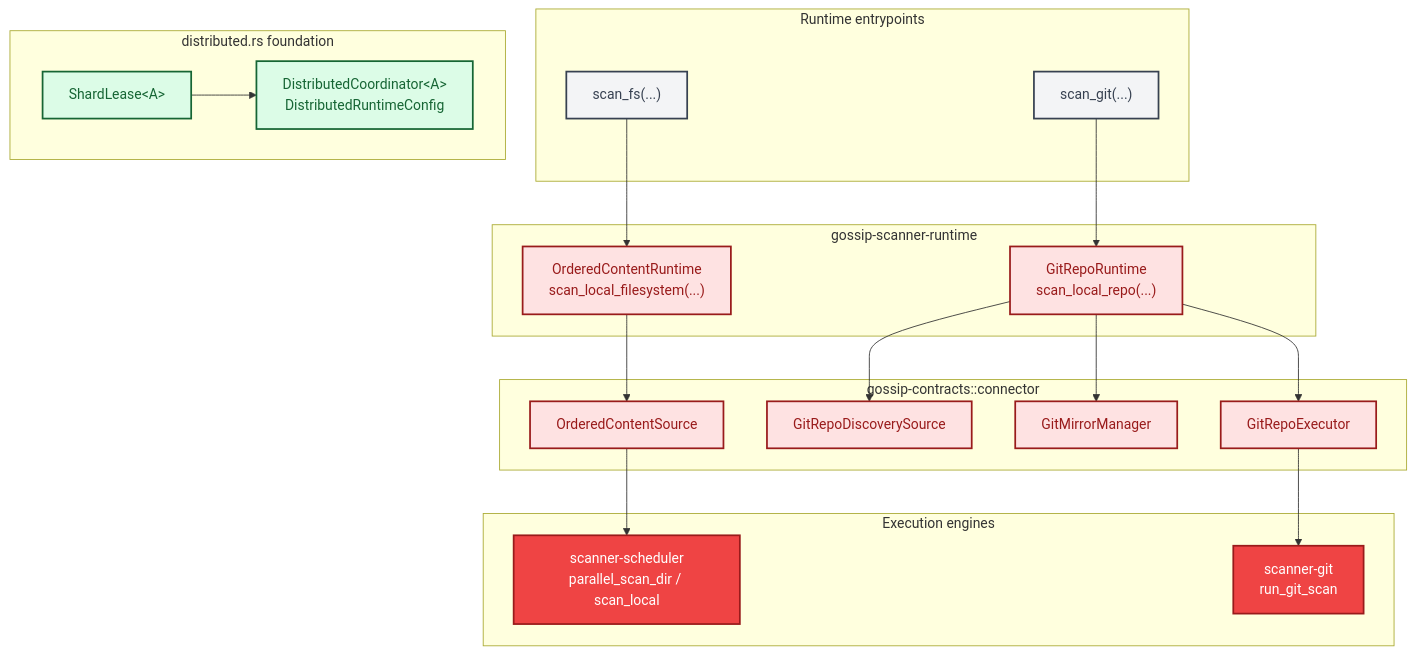
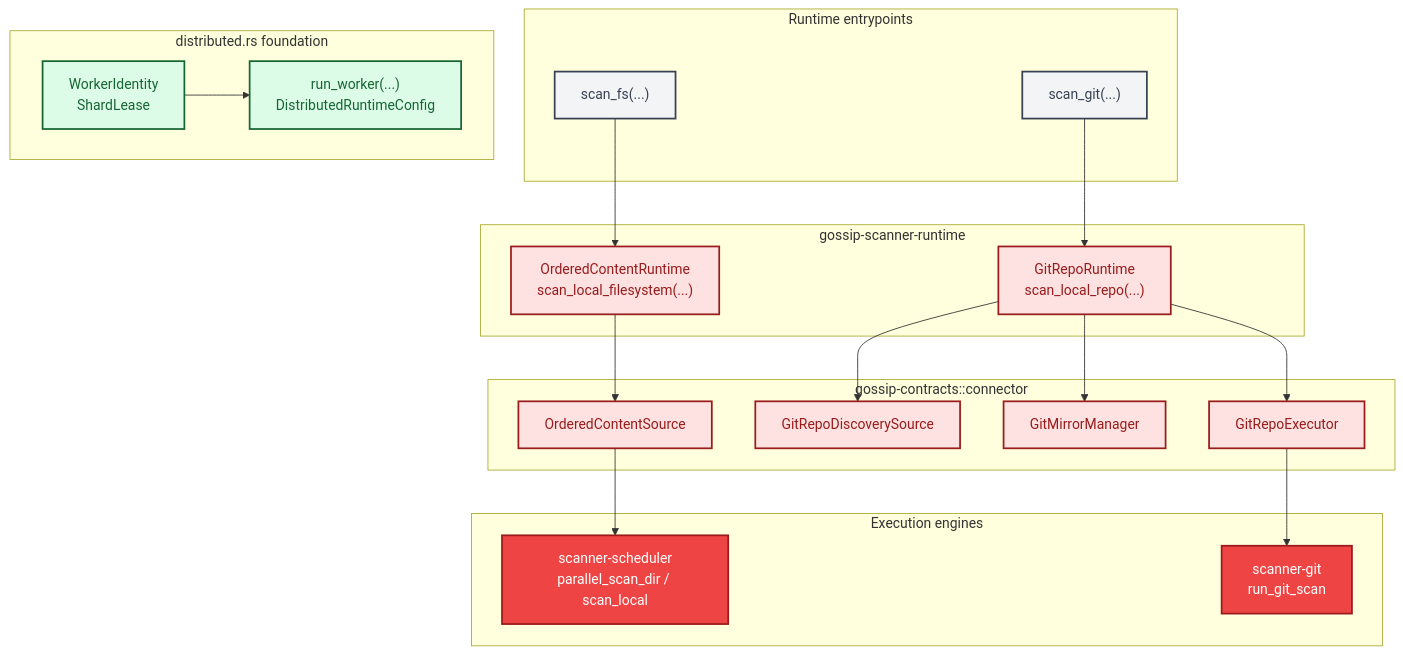
Before and after one commit to ahrav/Gossip-rs: the second of 4 diagrams in diagrams/04-end-to-end-scan-flow.md, drawn with Mermaid. The commit also changed other lines of this file and 12 other files, not shown here.

````diff
--- a/diagrams/04-end-to-end-scan-flow.md
+++ b/diagrams/04-end-to-end-scan-flow.md
@@ -76,55 +78,55 @@
 ```mermaid
 %% Diagram: family-runtime-surface
 graph TD
     subgraph EntryPoints["Runtime entrypoints"]
         FS["scan_fs(...)"]
         GIT["scan_git(...)"]
     end
 
     subgraph Runtime["gossip-scanner-runtime"]
         OC["OrderedContentRuntime<br/>scan_local_filesystem(...)"]
         GR["GitRepoRuntime<br/>scan_local_repo(...)"]
     end
 
     subgraph Distributed["distributed.rs foundation"]
-        DIST["ShardLease&lt;A&gt;"]
-        DF["DistributedCoordinator&lt;A&gt;<br/>DistributedRuntimeConfig"]
+        DIST["WorkerIdentity<br/>ShardLease"]
+        DF["run_worker(...)<br/>DistributedRuntimeConfig"]
     end
 
     subgraph Contracts["gossip-contracts::connector"]
         OCS["OrderedContentSource"]
         GDS["GitRepoDiscoverySource"]
         GMM["GitMirrorManager"]
         GRE["GitRepoExecutor"]
     end
 
     subgraph Engines["Execution engines"]
         SCHED["scanner-scheduler<br/>parallel_scan_dir / scan_local"]
         SGIT["scanner-git<br/>run_git_scan"]
     end
 
     FS --> OC
     GIT --> GR
     DIST --> DF
 
     OC --> OCS
     GR --> GDS
     GR --> GMM
     GR --> GRE
 
     OCS --> SCHED
     GRE --> SGIT
 
     style FS fill:#F3F4F6,stroke:#374151,stroke-width:2px,color:#374151
     style GIT fill:#F3F4F6,stroke:#374151,stroke-width:2px,color:#374151
     style DIST fill:#DCFCE7,stroke:#166534,stroke-width:2px,color:#166534
     style OC fill:#FEE2E2,stroke:#991B1B,stroke-width:2px,color:#991B1B
     style GR fill:#FEE2E2,stroke:#991B1B,stroke-width:2px,color:#991B1B
     style DF fill:#DCFCE7,stroke:#166534,stroke-width:2px,color:#166534
     style OCS fill:#FEE2E2,stroke:#991B1B,stroke-width:2px,color:#991B1B
     style GDS fill:#FEE2E2,stroke:#991B1B,stroke-width:2px,color:#991B1B
     style GMM fill:#FEE2E2,stroke:#991B1B,stroke-width:2px,color:#991B1B
     style GRE fill:#FEE2E2,stroke:#991B1B,stroke-width:2px,color:#991B1B
     style SCHED fill:#EF4444,stroke:#991B1B,stroke-width:2px,color:#FFFFFF
     style SGIT fill:#EF4444,stroke:#991B1B,stroke-width:2px,color:#FFFFFF
 ```
````
